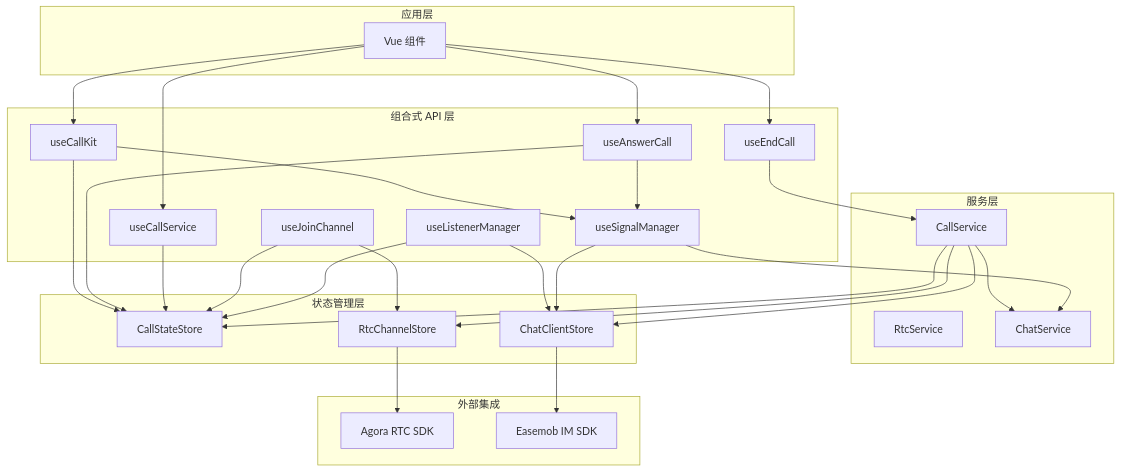
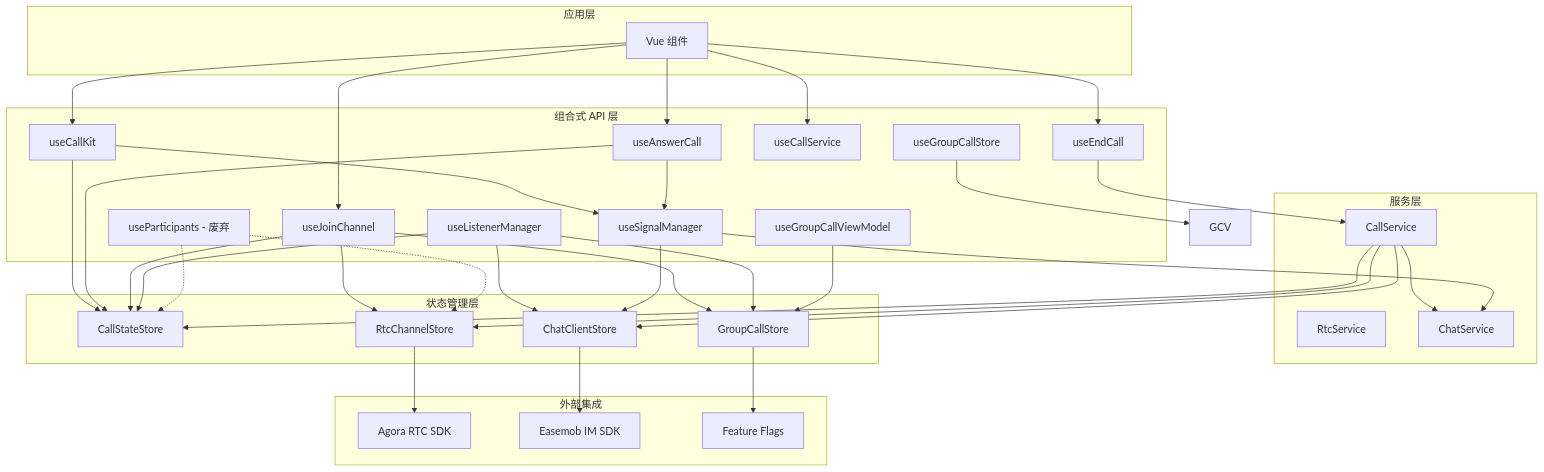
One commit to Easemob-Community/easemob-uikit-callkit-vue3 changed the second of 10 diagrams in .qoder/repowiki/zh/content/组合式 API/通话控制 API.md. Above: the diagram before and after it, drawn with Mermaid. The commit also changed other lines of this file and 54 other files, not shown here.

````diff
--- a/.qoder/repowiki/zh/content/组合式 API/通话控制 API.md
+++ b/.qoder/repowiki/zh/content/组合式 API/通话控制 API.md
@@ -177,51 +248,63 @@
 ```mermaid
 graph TB
 subgraph "应用层"
 VC[Vue 组件]
 end
 subgraph "组合式 API 层"
 UCK[useCallKit]
 UEK[useEndCall]
 UAC[useAnswerCall]
 UCS[useCallService]
 UJC[useJoinChannel]
 USM[useSignalManager]
 ULM[useListenerManager]
+UGCS[useGroupCallStore]
+UGCV[useGroupCallViewModel]
+UP[useParticipants - 废弃]
 end
 subgraph "服务层"
 CSVC[CallService]
 RSS[RtcService]
 CHS[ChatService]
 end
 subgraph "状态管理层"
 CSS[CallStateStore]
 RCS[RtcChannelStore]
 CCS[ChatClientStore]
+GCS[GroupCallStore]
 end
 subgraph "外部集成"
 AG[Agora RTC SDK]
 IM[Easemob IM SDK]
+FF[Feature Flags]
 end
 VC --> UCK
 VC --> UEK
 VC --> UAC
 VC --> UCS
+VC --> UJC
 UCK --> CSS
 UCK --> USM
 UEK --> CSVC
 UAC --> CSS
 UAC --> USM
-UCS --> CSS
 UJC --> RCS
 UJC --> CSS
+UJC --> GCS
 ULM --> CSS
 ULM --> CCS
+ULM --> GCS
+UGCS --> GCV
+UGCV --> GCS
+GCS --> FF
 CSVC --> CSS
 CSVC --> RCS
 CSVC --> CCS
 CSVC --> CHS
 USM --> CCS
 USM --> CHS
 RCS --> AG
 CCS --> IM
+UP -.-> CSS
+UP -.-> RCS
 ```
````
